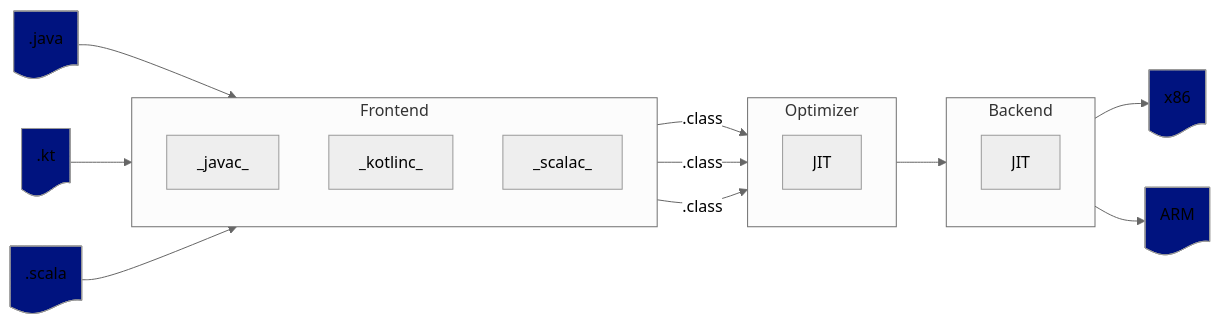
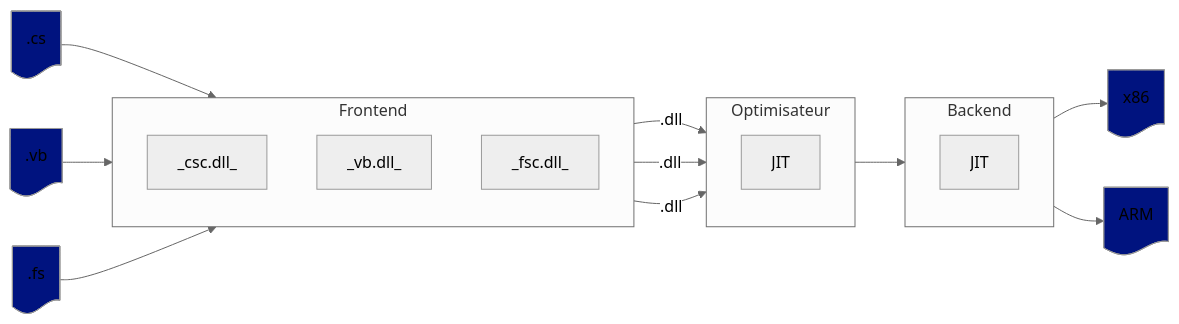
Before and after one commit to Pvlerick/DevDay2025: diagram 11 of 11 in slides.md, drawn with Mermaid (neutral theme). The commit also changed other lines of this file and 6 other files, not shown here.

````diff
--- a/slides.md
+++ b/slides.md
@@ -330,33 +345,33 @@
 ```mermaid
 flowchart LR
-    source_java@{ shape: doc, label: ".java"}
-    source_kotlin@{ shape: doc, label: ".kt"}
-    source_scala@{ shape: doc, label: ".scala"}
+    source_cshap@{ shape: doc, label: ".cs"}
+    source_vb@{ shape: doc, label: ".vb"}
+    source_fsharp@{ shape: doc, label: ".fs"}
     target_x86@{ shape: doc, label: "x86"}
     target_arm@{ shape: doc, label: "ARM"}
     subgraph frontend [Frontend]
         direction TB
-        java["_javac_"]
-        kotlin["_kotlinc_"]
-        scala["_scalac_"]
+        csharp["_csc.dll_"]
+        vb["_vb.dll_"]
+        fshap["_fsc.dll_"]
     end
-    subgraph optimizer [Optimizer]
+    subgraph optimizer [Optimisateur]
     direction TB
         jit_op[JIT]
     end
     subgraph backend [Backend]
     direction TB
         jit_be[JIT]
     end
-    source_java --> java
-    source_kotlin --> kotlin
-    source_scala --> scala
-    java & kotlin & scala -- .class --> optimizer
+    source_cshap --> csharp
+    source_vb --> vb
+    source_fsharp --> fshap
+    csharp & vb & fshap -- .dll --> optimizer
     optimizer --> backend
     backend --> target_x86 & target_arm
-    style source_java fill:#00137F
-    style source_kotlin fill:#00137F
-    style source_scala fill:#00137F
+    style source_cshap fill:#00137F
+    style source_vb fill:#00137F
+    style source_fsharp fill:#00137F
     style target_x86 fill:#00137F
     style target_arm fill:#00137F
 ```
````
